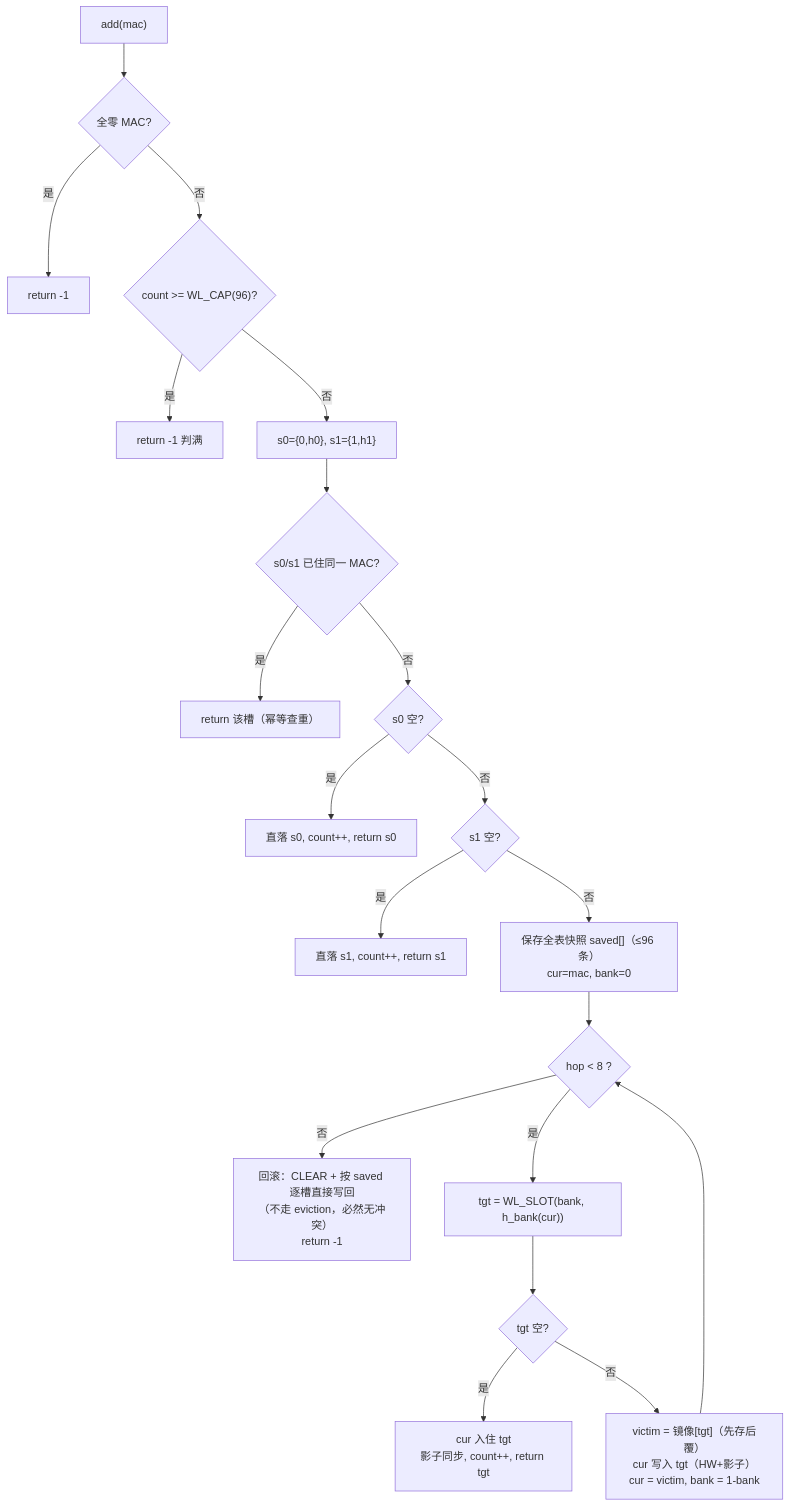
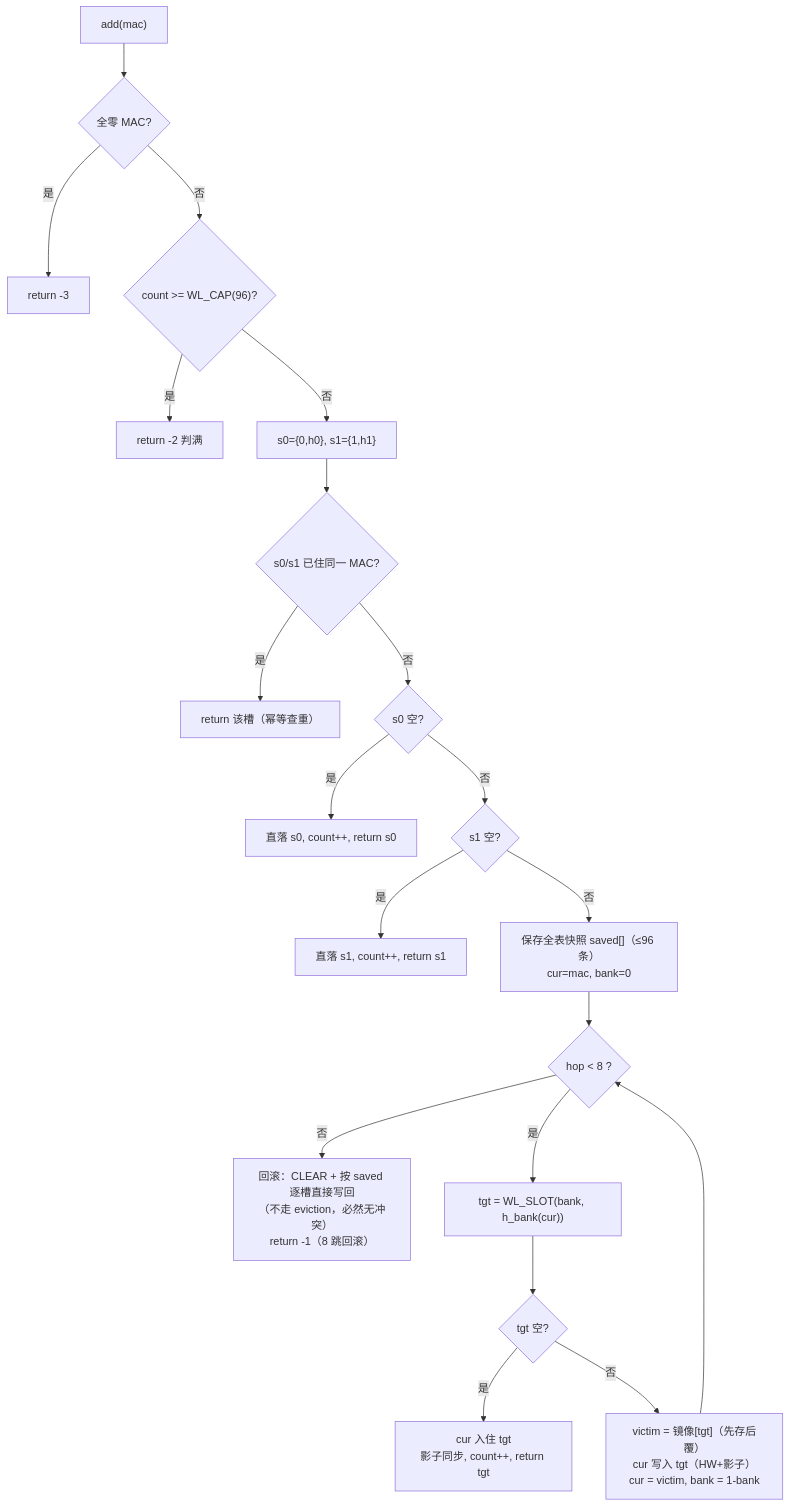
Before and after one commit to zhu031227/fpga_webserver: the diagram in doc/MAC白名单查找引擎实现指南_模式2_布谷鸟哈希.md, drawn with Mermaid. The commit also changed other lines of this file and 4 other files, not shown here.

````diff
--- a/doc/MAC白名单查找引擎实现指南_模式2_布谷鸟哈希.md
+++ b/doc/MAC白名单查找引擎实现指南_模式2_布谷鸟哈希.md
@@ -1006,15 +1007,15 @@
 ```mermaid
 flowchart TD
-    A["add(mac)"] --> B{"全零 MAC?"} -->|是| R1["return -1"]
-    B -->|否| C{"count >= WL_CAP(96)?"} -->|是| R2["return -1 判满"]
+    A["add(mac)"] --> B{"全零 MAC?"} -->|是| R1["return -3"]
+    B -->|否| C{"count >= WL_CAP(96)?"} -->|是| R2["return -2 判满"]
     C -->|否| D["s0={0,h0}, s1={1,h1}"]
     D --> E{"s0/s1 已住同一 MAC?"} -->|是| R3["return 该槽（幂等查重）"]
     E -->|否| F{"s0 空?"} -->|是| P0["直落 s0, count++, return s0"]
     F -->|否| G{"s1 空?"} -->|是| P1["直落 s1, count++, return s1"]
     G -->|否| H["保存全表快照 saved[]（≤96 条）<br/>cur=mac, bank=0"]
     H --> I{"hop < 8 ?"}
-    I -->|否| RB["回滚：CLEAR + 按 saved 逐槽直接写回<br/>（不走 eviction，必然无冲突）<br/>return -1"]
+    I -->|否| RB["回滚：CLEAR + 按 saved 逐槽直接写回<br/>（不走 eviction，必然无冲突）<br/>return -1（8 跳回滚）"]
     I -->|是| J["tgt = WL_SLOT(bank, h_bank(cur))"]
     J --> K{"tgt 空?"} -->|是| OK["cur 入住 tgt<br/>影子同步, count++, return tgt"]
     K -->|否| KICK["victim = 镜像[tgt]（先存后覆）<br/>cur 写入 tgt（HW+影子）<br/>cur = victim, bank = 1-bank"] --> I
 ```
````
